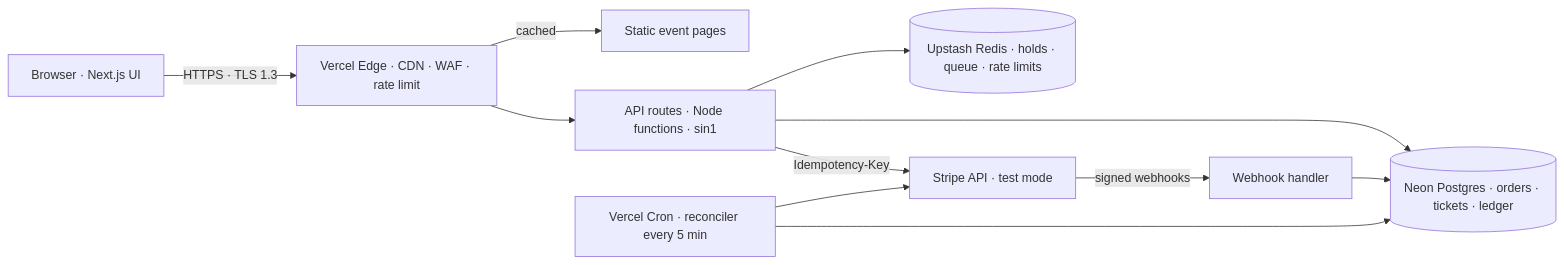
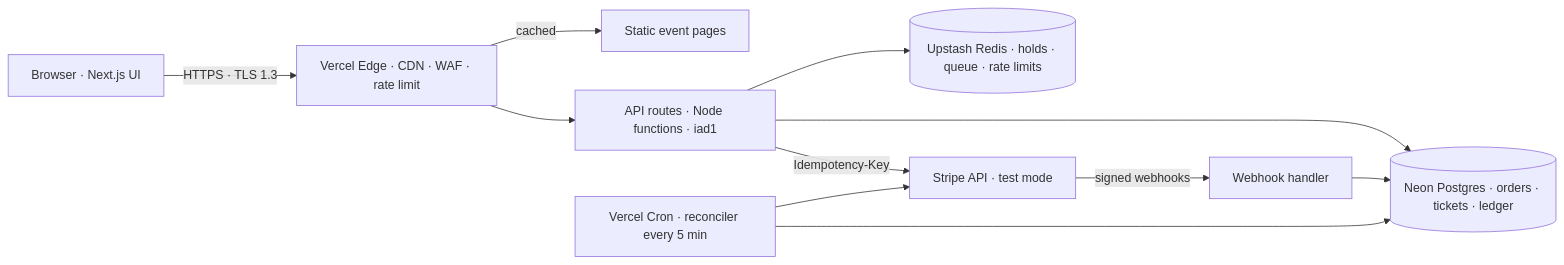
One commit to EsheetVivek/TicketRush changed the diagram in docs/02-SYSTEM-DESIGN.md. Above: the diagram before and after it, drawn with Mermaid. The commit also changed other lines of this file and 2 other files, not shown here.

First line of the commit message:
Run functions in iad1, next to the us-east-1 database

````diff
--- a/docs/02-SYSTEM-DESIGN.md
+++ b/docs/02-SYSTEM-DESIGN.md
@@ -5,13 +5,13 @@
 ```mermaid
 flowchart LR
   B[Browser · Next.js UI] -->|HTTPS · TLS 1.3| E[Vercel Edge · CDN · WAF · rate limit]
   E -->|cached| S[Static event pages]
-  E --> A[API routes · Node functions · sin1]
+  E --> A[API routes · Node functions · iad1]
   A --> R[(Upstash Redis · holds · queue · rate limits)]
   A --> P[(Neon Postgres · orders · tickets · ledger)]
   A -->|Idempotency-Key| G[Stripe API · test mode]
   G -->|signed webhooks| W[Webhook handler]
   W --> P
   C[Vercel Cron · reconciler every 5 min] --> G
   C --> P
 ```
````
